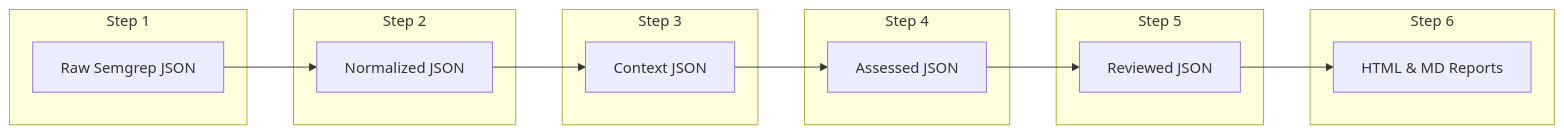
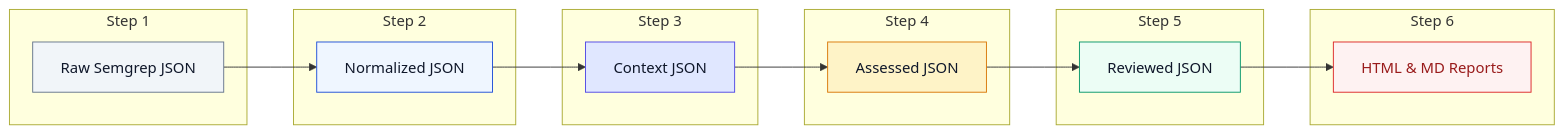
The third of 3 diagrams in docs/CODE_ARCHITECTURE_DIAGRAMS.md (taha-mh/CCPL-SAST-DAST-Tool), drawn with Mermaid before and after one commit. The commit also changed other lines of this file, not shown here.

Commit message:
Add explicit high-contrast text color properties to Mermaid nodes for GitHub Dark Mode readability

````diff
--- a/docs/CODE_ARCHITECTURE_DIAGRAMS.md
+++ b/docs/CODE_ARCHITECTURE_DIAGRAMS.md
@@ -88,28 +90,35 @@
 ```mermaid
 graph LR
     subgraph Step 1
         RAW["Raw Semgrep JSON"]
     end
 
     subgraph Step 2
         NORM["Normalized JSON"]
     end
 
     subgraph Step 3
         CTX["Context JSON"]
     end
 
     subgraph Step 4
         ASSESSED["Assessed JSON"]
     end
 
     subgraph Step 5
         REVIEWED["Reviewed JSON"]
     end
 
     subgraph Step 6
         OUTPUT["HTML & MD Reports"]
     end
 
     RAW --> NORM --> CTX --> ASSESSED --> REVIEWED --> OUTPUT
+
+    style RAW fill:#f1f5f9,stroke:#64748b,color:#0f172a;
+    style NORM fill:#eff6ff,stroke:#1d4ed8,color:#0f172a;
+    style CTX fill:#e0e7ff,stroke:#4f46e5,color:#0f172a;
+    style ASSESSED fill:#fef3c7,stroke:#d97706,color:#0f172a;
+    style REVIEWED fill:#ecfdf5,stroke:#059669,color:#0f172a;
+    style OUTPUT fill:#fef2f2,stroke:#dc2626,color:#991b1b;
 ```
````
